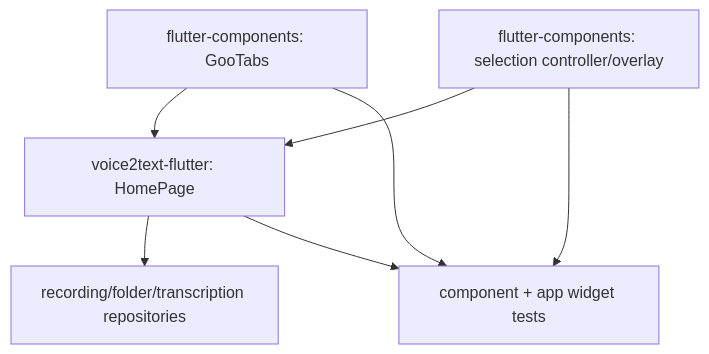
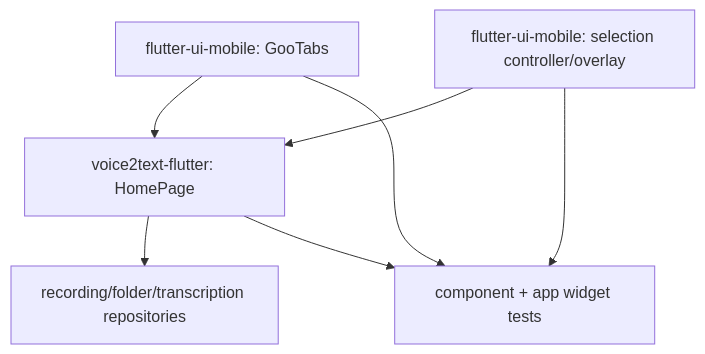
Before and after one commit to hashencode/voice-studio: the second of 2 diagrams in docs/plans/2026-07-09-001-refactor-home-goo-selection-tabs-plan.md, drawn with Mermaid. The commit also changed other lines of this file and 54 other files, not shown here.

First line of the commit message:
chore(ui): migrate to flutter_ui_mobile

````diff
--- a/docs/plans/2026-07-09-001-refactor-home-goo-selection-tabs-plan.md
+++ b/docs/plans/2026-07-09-001-refactor-home-goo-selection-tabs-plan.md
@@ -321,15 +321,15 @@
 ```mermaid
 flowchart TB
-  GooTabs["flutter-components: GooTabs"]
-  SelectionComponents["flutter-components: selection controller/overlay"]
+  GooTabs["flutter-ui-mobile: GooTabs"]
+  SelectionComponents["flutter-ui-mobile: selection controller/overlay"]
   HomePage["voice2text-flutter: HomePage"]
   Repositories["recording/folder/transcription repositories"]
   Tests["component + app widget tests"]
 
   GooTabs --> HomePage
   SelectionComponents --> HomePage
   HomePage --> Repositories
   GooTabs --> Tests
   SelectionComponents --> Tests
   HomePage --> Tests
 ```
````
